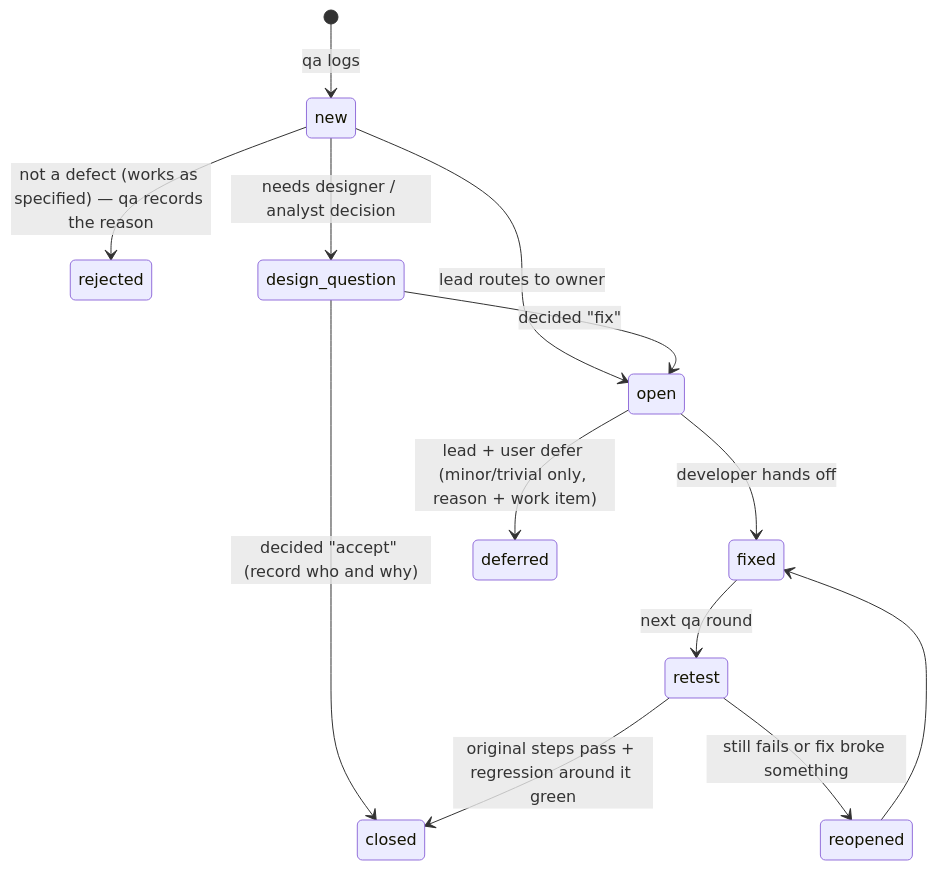
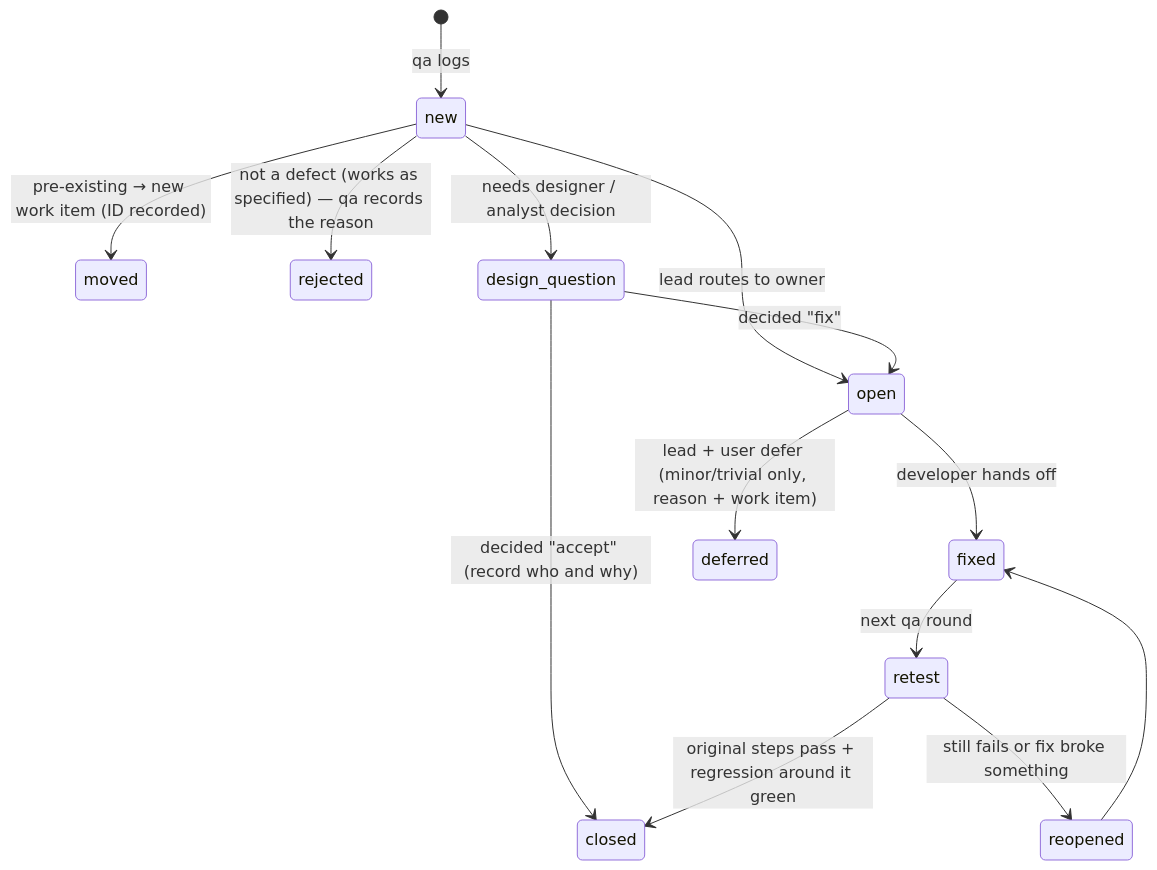
Before and after one commit to Tuan-Quyen/technical-teams: the diagram in skills/test-process/references/defects-and-reports.md, drawn with Mermaid. The commit also changed other lines of this file and 13 other files, not shown here.

````diff
--- a/skills/test-process/references/defects-and-reports.md
+++ b/skills/test-process/references/defects-and-reports.md
@@ -51,15 +54,16 @@
 ```mermaid
 stateDiagram-v2
   [*] --> new: qa logs
   new --> open: lead routes to owner
+  new --> moved: pre-existing → new work item (ID recorded)
   new --> rejected: not a defect (works as specified) — qa records the reason
   new --> design_question: needs designer / analyst decision
   design_question --> open: decided "fix"
   design_question --> closed: decided "accept" (record who and why)
   open --> fixed: developer hands off
   fixed --> retest: next qa round
   retest --> closed: original steps pass + regression around it green
   retest --> reopened: still fails or fix broke something
   reopened --> fixed
   open --> deferred: lead + user defer (minor/trivial only, reason + work item)
 ```
````
